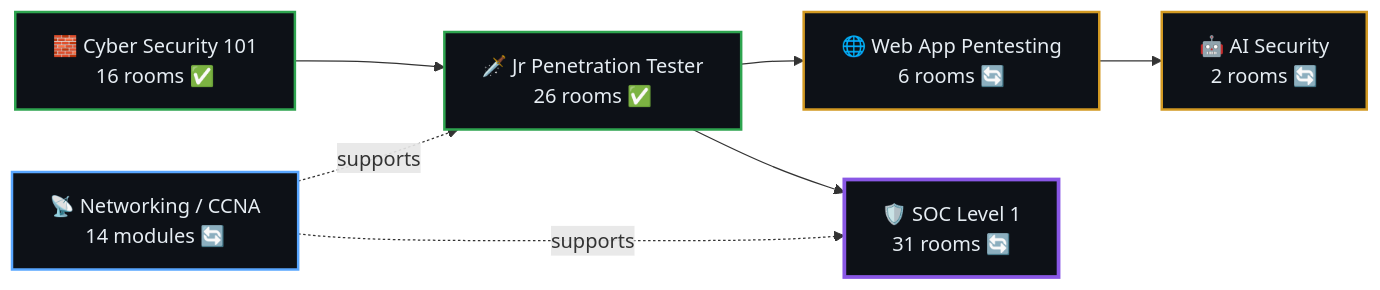
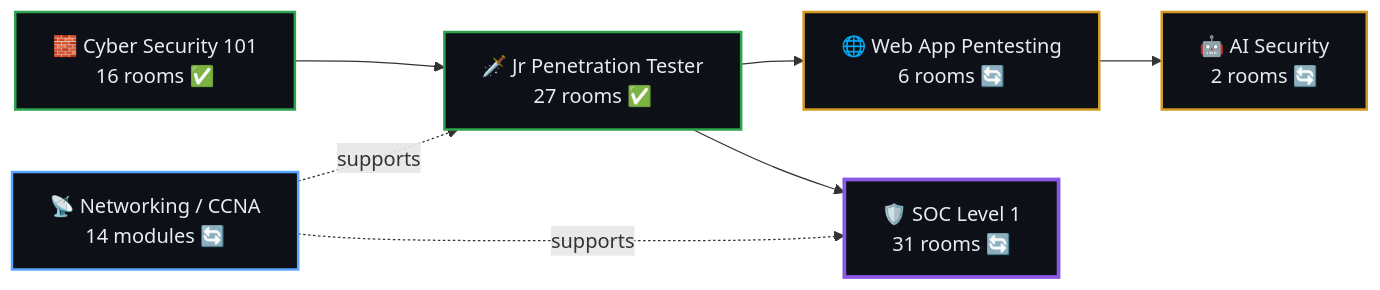
Before and after one commit to EthRahul/thm-journey: the diagram in notes/README.md, drawn with Mermaid. The commit also changed other lines of this file and 26 other files, not shown here.

````diff
--- a/notes/README.md
+++ b/notes/README.md
@@ -57,16 +59,16 @@
 ```mermaid
 graph LR
-    A["🧱 Cyber Security 101<br/>16 rooms ✅"] --> B["🗡️ Jr Penetration Tester<br/>26 rooms ✅"]
+    A["🧱 Cyber Security 101<br/>16 rooms ✅"] --> B["🗡️ Jr Penetration Tester<br/>27 rooms ✅"]
     B --> C["🌐 Web App Pentesting<br/>6 rooms 🔄"]
     B --> D["🛡️ SOC Level 1<br/>31 rooms 🔄"]
     C --> E["🤖 AI Security<br/>2 rooms 🔄"]
     F["📡 Networking / CCNA<br/>14 modules 🔄"] -.supports.-> B
     F -.supports.-> D
 
     style A fill:#0d1117,stroke:#2ea44f,stroke-width:2px,color:#e6edf3
     style B fill:#0d1117,stroke:#2ea44f,stroke-width:2px,color:#e6edf3
     style C fill:#0d1117,stroke:#d29922,stroke-width:2px,color:#e6edf3
     style D fill:#0d1117,stroke:#8957e5,stroke-width:3px,color:#e6edf3
     style E fill:#0d1117,stroke:#d29922,stroke-width:2px,color:#e6edf3
     style F fill:#0d1117,stroke:#58a6ff,stroke-width:2px,color:#e6edf3
 ```
````
